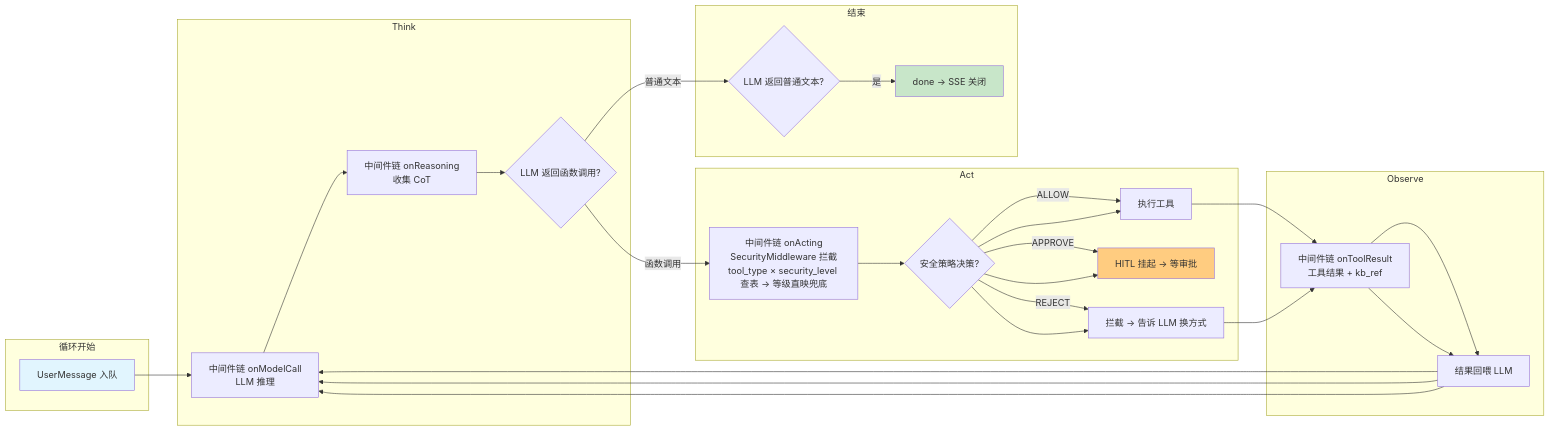
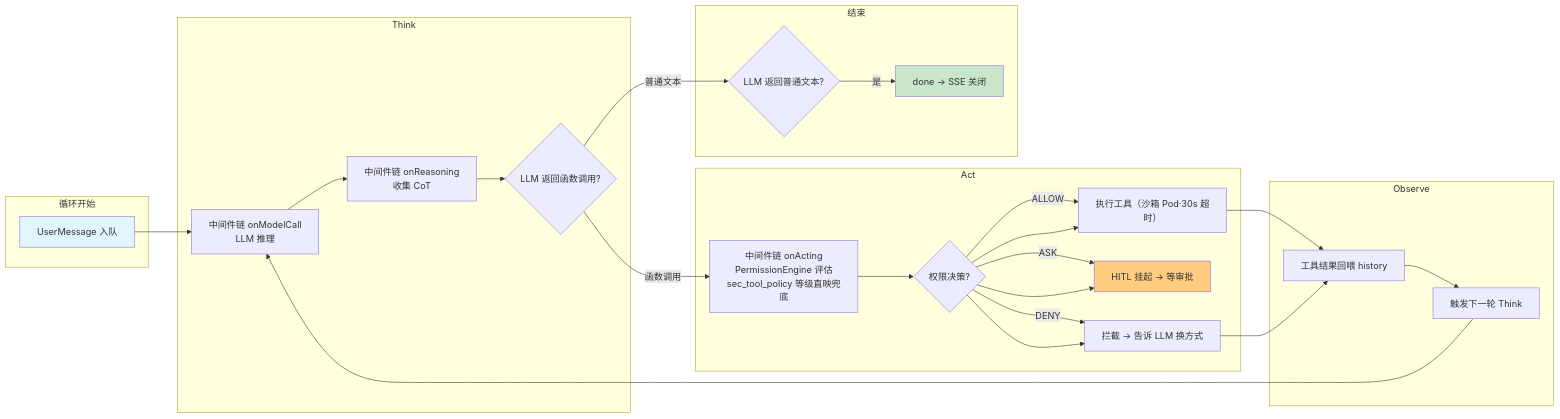
Before and after one commit to HarnessAgentStack/AegisAgent: the seventh of 11 diagrams in docs/runtime-execution-flow.md, drawn with Mermaid. The commit also changed other lines of this file and 1 other file, not shown here.

````diff
--- a/docs/runtime-execution-flow.md
+++ b/docs/runtime-execution-flow.md
@@ -260,42 +319,42 @@
 ```mermaid
 flowchart LR
     subgraph "循环开始"
         R["UserMessage 入队"]
     end
 
     subgraph "Think"
         T1["中间件链 onModelCall<br/>LLM 推理"]
         T2["中间件链 onReasoning<br/>收集 CoT"]
         T3{"LLM 返回函数调用?"}
     end
 
     subgraph "Act"
-        A1["中间件链 onActing<br/>SecurityMiddleware 拦截<br/>tool_type × security_level 查表 → 等级直映兜底"]
-        A2{"安全策略决策?"}
-        A2 -->|ALLOW| A3["执行工具"]
-        A2 -->|APPROVE| A4["HITL 挂起 → 等审批"]
-        A2 -->|REJECT| A5["拦截 → 告诉 LLM 换方式"]
+        A1["中间件链 onActing<br/>PermissionEngine 评估<br/>sec_tool_policy 等级直映兜底"]
+        A2{"权限决策?"}
+        A2 -->|ALLOW| A3["执行工具（沙箱 Pod·30s 超时）"]
+        A2 -->|ASK| A4["HITL 挂起 → 等审批"]
+        A2 -->|DENY| A5["拦截 → 告诉 LLM 换方式"]
     end
 
     subgraph "Observe"
-        O1["中间件链 onToolResult<br/>工具结果 + kb_ref"]
-        O2["结果回喂 LLM"]
+        O1["工具结果回喂 history"]
+        O2["触发下一轮 Think"]
     end
 
     subgraph "结束"
         E{"LLM 返回普通文本?"}
         E -->|是| END["done → SSE 关闭"]
     end
 
     R --> T1 --> T2 --> T3
     T3 -->|函数调用| A1 --> A2
-    A2 --> A3 --> O1 --> O2 --> T1
+    A2 --> A3 --> O1 --> O2
     A2 --> A4
-    A2 --> A5 --> O1 --> O2 --> T1
+    A2 --> A5 --> O1
     T3 -->|普通文本| E
     O2 --> T1
 
     style R fill:#e1f5fe
     style END fill:#c8e6c9
     style A4 fill:#ffcc80
 ```
````
